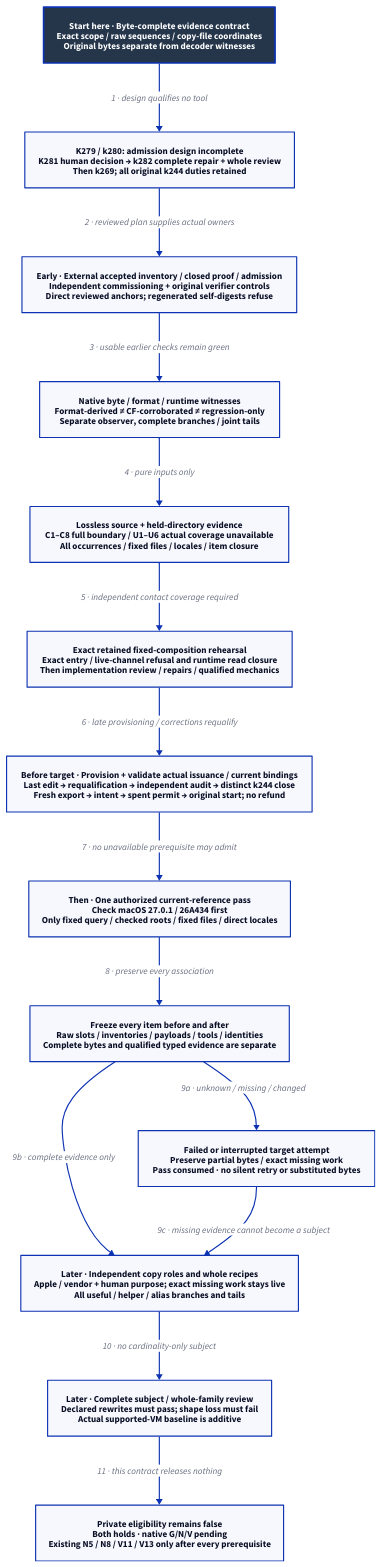
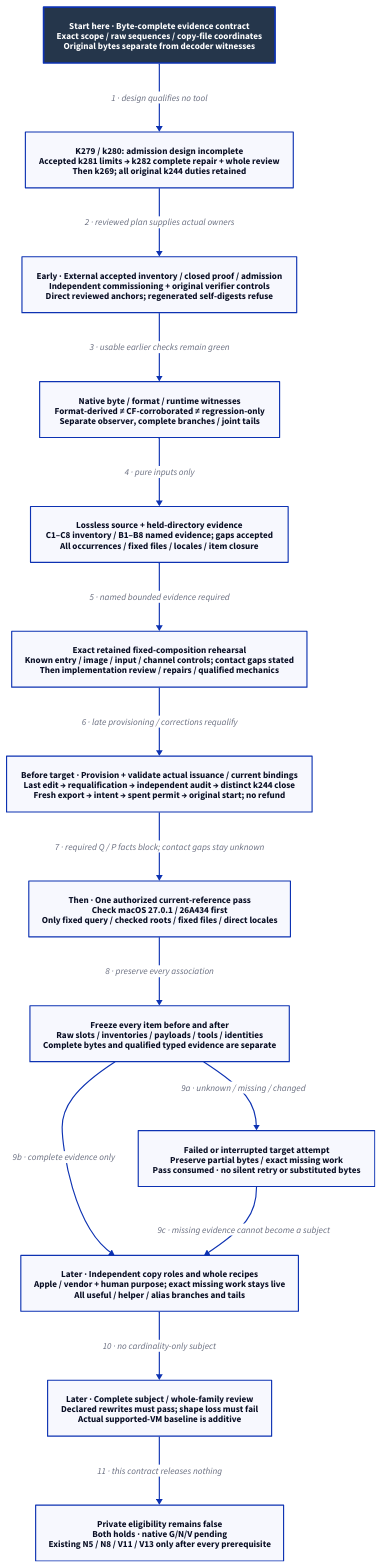
One commit to Linkuistics/Koine changed the diagram in docs/design/architecture/native-reference-evidence.d2. Above: the diagram before and after it, drawn with D2. The commit also changed 31 other files, not shown here.

Commit message:
Apply bounded contact evidence and closed pre-lookup refusals (reference-evidence-prelookup-claims-k284)

```diff
--- a/docs/design/architecture/native-reference-evidence.d2
+++ b/docs/design/architecture/native-reference-evidence.d2
@@ -1,31 +1,31 @@
 # Admission repair design; mandatory review and replanning precede unbuilt qualification.
 direction: down
 classes: {
   start: {style: {fill: "#25364B"; font-color: "#FFFFFF"; bold: true; stroke-width: 3}}
 }
 Start: "Start here · Byte-complete evidence contract\nExact scope / raw sequences / copy-file coordinates\nOriginal bytes separate from decoder witnesses" {class: start}
-Plan: "K279 / k280: admission design incomplete\nK281 human decision → k282 complete repair + whole review\nThen k269; all original k244 duties retained"
+Plan: "K279 / k280: admission design incomplete\nAccepted k281 limits → k282 complete repair + whole review\nThen k269; all original k244 duties retained"
 Replay: "Early · External accepted inventory / closed proof / admission\nIndependent commissioning + original verifier controls\nDirect reviewed anchors; regenerated self-digests refuse"
 Decode: "Native byte / format / runtime witnesses\nFormat-derived ≠ CF-corroborated ≠ regression-only\nSeparate observer, complete branches / joint tails"
-Source: "Lossless source + held-directory evidence\nC1–C8 full boundary / U1–U6 actual coverage unavailable\nAll occurrences / fixed files / locales / item closure"
-Pure: "Exact retained fixed-composition rehearsal\nExact entry / live-channel refusal and runtime read closure\nThen implementation review / repairs / qualified mechanics"
+Source: "Lossless source + held-directory evidence\nC1–C8 inventory / B1–B8 named evidence; gaps accepted\nAll occurrences / fixed files / locales / item closure"
+Pure: "Exact retained fixed-composition rehearsal\nKnown entry / image / input / channel controls; contact gaps stated\nThen implementation review / repairs / qualified mechanics"
 Authority: "Before target · Provision + validate actual issuance / current bindings\nLast edit → requalification → independent audit → distinct k244 close\nFresh export → intent → spent permit → original start; no refund"
 Pass: "Then · One authorized current-reference pass\nCheck macOS 27.0.1 / 26A434 first\nOnly fixed query / checked roots / fixed files / direct locales"
 Closure: "Freeze every item before and after\nRaw slots / inventories / payloads / tools / identities\nComplete bytes and qualified typed evidence are separate"
 Failed: "Failed or interrupted target attempt\nPreserve partial bytes / exact missing work\nPass consumed · no silent retry or substituted bytes"
 Roles: "Later · Independent copy roles and whole recipes\nApple / vendor + human purpose; exact missing work stays live\nAll useful / helper / alias branches and tails"
 Review: "Later · Complete subject / whole-family review\nDeclared rewrites must pass; shape loss must fail\nActual supported-VM baseline is additive"
 Hold: "Private eligibility remains false\nBoth holds · native G/N/V pending\nExisting N5 / N8 / V11 / V13 only after every prerequisite"
 Start -> Plan: "1 · design qualifies no tool"
 Plan -> Replay: "2 · reviewed plan supplies actual owners"
 Replay -> Decode: "3 · usable earlier checks remain green"
 Decode -> Source: "4 · pure inputs only"
-Source -> Pure: "5 · independent contact coverage required"
+Source -> Pure: "5 · named bounded evidence required"
 Pure -> Authority: "6 · late provisioning / corrections requalify"
-Authority -> Pass: "7 · no unavailable prerequisite may admit"
+Authority -> Pass: "7 · required Q / P facts block; contact gaps stay unknown"
 Pass -> Closure: "8 · preserve every association"
 Closure -> Failed: "9a · unknown / missing / changed"
 Closure -> Roles: "9b · complete evidence only"
 Failed -> Roles: "9c · missing evidence cannot become a subject"
 Roles -> Review: "10 · no cardinality-only subject"
 Review -> Hold: "11 · this contract releases nothing"
```
